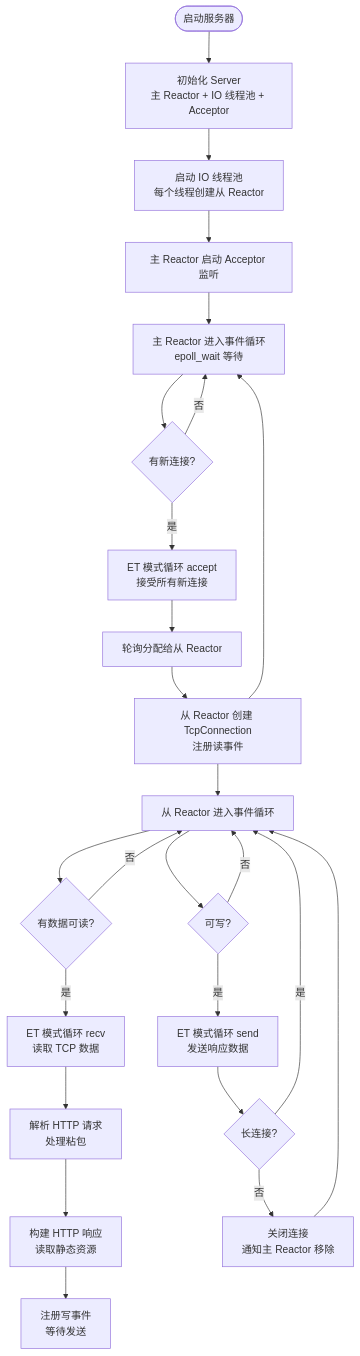
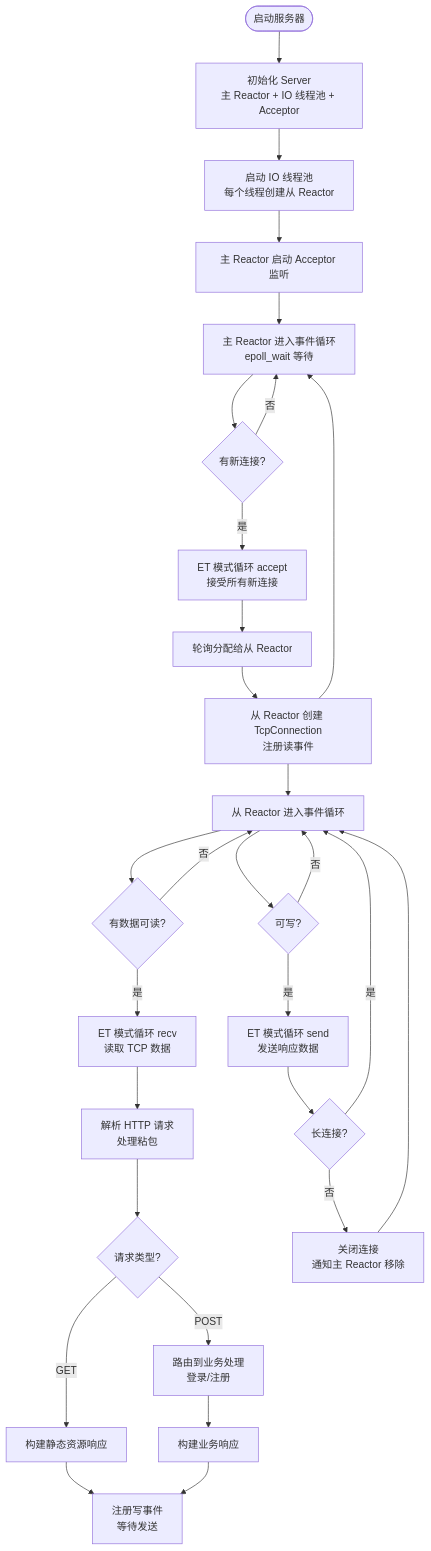
One commit to Linsdfe/WebServer-Reactor changed the diagram in README.md. Above: the diagram before and after it, drawn with Mermaid. The commit also changed other lines of this file, not shown here.

````diff
--- a/README.md
+++ b/README.md
@@ -58,31 +128,36 @@
 ```mermaid
 flowchart TD
     Start([启动服务器]) --> Init[初始化 Server<br/>主 Reactor + IO 线程池 + Acceptor]
     Init --> StartLoop[启动 IO 线程池<br/>每个线程创建从 Reactor]
     StartLoop --> Listen[主 Reactor 启动 Acceptor 监听]
     Listen --> MainLoop[主 Reactor 进入事件循环<br/>epoll_wait 等待]
     
     MainLoop --> Accept{有新连接?}
     Accept -->|是| AcceptConn[ET 模式循环 accept<br/>接受所有新连接]
     AcceptConn --> Dispatch[轮询分配给从 Reactor]
     Dispatch --> CreateConn[从 Reactor 创建 TcpConnection<br/>注册读事件]
     CreateConn --> MainLoop
     
     CreateConn --> SubLoop[从 Reactor 进入事件循环]
     SubLoop --> Read{有数据可读?}
     Read -->|是| ReadData[ET 模式循环 recv<br/>读取 TCP 数据]
     ReadData --> Parse[解析 HTTP 请求<br/>处理粘包]
-    Parse --> Build[构建 HTTP 响应<br/>读取静态资源]
-    Build --> Write[注册写事件<br/>等待发送]
+    Parse --> MethodCheck{请求类型?}
+    MethodCheck -->|GET| BuildStatic[构建静态资源响应]
+    MethodCheck -->|POST| RouteBusiness[路由到业务处理<br/>登录/注册]
+    RouteBusiness --> BuildDynamic[构建业务响应]
+    BuildStatic --> Write
+    BuildDynamic --> Write
+    Write[注册写事件<br/>等待发送]
     
     SubLoop --> WriteReady{可写?}
     WriteReady -->|是| SendData[ET 模式循环 send<br/>发送响应数据]
     SendData --> CheckKeepAlive{长连接?}
     CheckKeepAlive -->|否| CloseConn[关闭连接<br/>通知主 Reactor 移除]
     CheckKeepAlive -->|是| SubLoop
     CloseConn --> SubLoop
     
     Accept -->|否| MainLoop
     Read -->|否| SubLoop
     WriteReady -->|否| SubLoop
 ```
````
